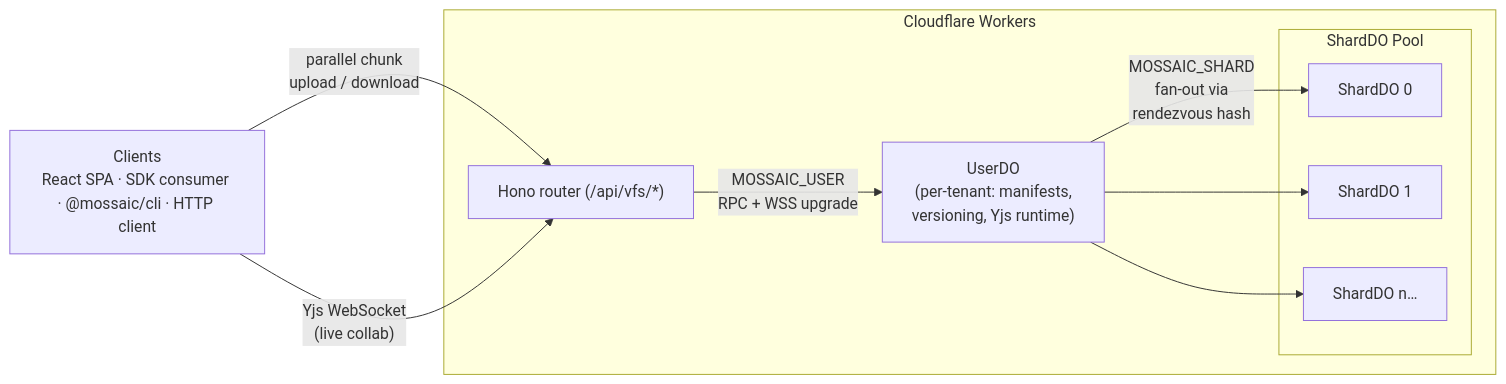
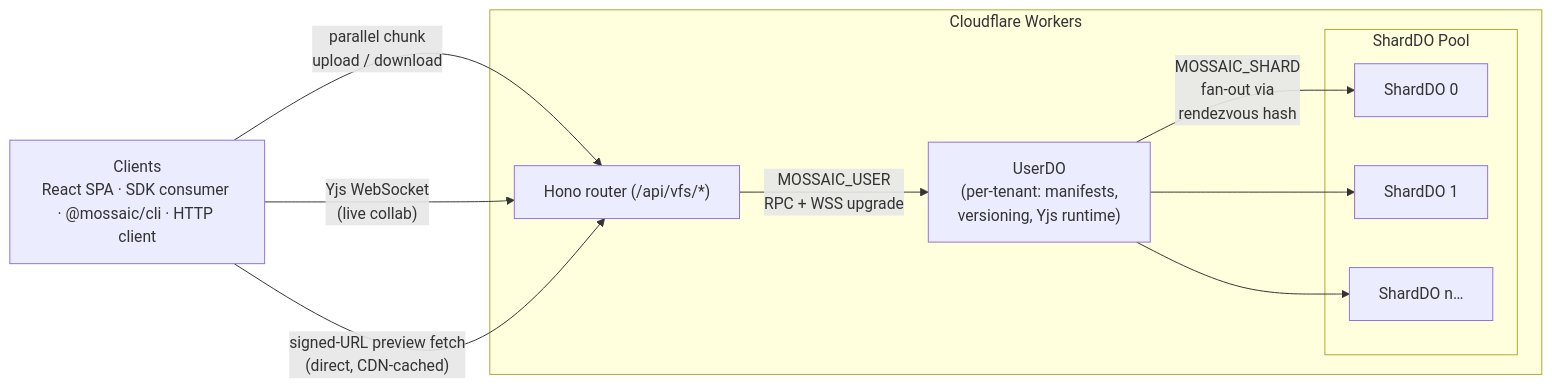
The first of 2 diagrams in README.md (AshishKumar4/Mossaic), drawn with Mermaid before and after one commit. The commit also changed other lines of this file and 4 other files, not shown here.

First line of the commit message:
docs: refresh README + integration-guide + ops + sdk + roadmap

````diff
--- a/README.md
+++ b/README.md
@@ -75,22 +75,23 @@
 ```mermaid
 flowchart LR
-    Clients["Clients<br/>React SPA · SDK consumer · @mossaic/cli · HTTP client"]
+    Clients["Clients<br/>React SPA &middot; SDK consumer &middot; @mossaic/cli &middot; HTTP client"]
 
     subgraph CF["Cloudflare Workers"]
         Worker["Hono router (/api/vfs/*)"]
         UserDO["UserDO<br/>(per-tenant: manifests,<br/>versioning, Yjs runtime)"]
 
         subgraph Shards["ShardDO Pool"]
             S0["ShardDO 0"]
             S1["ShardDO 1"]
-            Sn["ShardDO n…"]
+            Sn["ShardDO n&hellip;"]
         end
     end
 
     Clients -- "parallel chunk<br/>upload / download" --> Worker
     Clients -- "Yjs WebSocket<br/>(live collab)" --> Worker
+    Clients -- "signed-URL preview fetch<br/>(direct, CDN-cached)" --> Worker
     Worker -- "MOSSAIC_USER<br/>RPC + WSS upgrade" --> UserDO
     UserDO -- "MOSSAIC_SHARD<br/>fan-out via<br/>rendezvous hash" --> S0
     UserDO --> S1
     UserDO --> Sn
 ```
````
